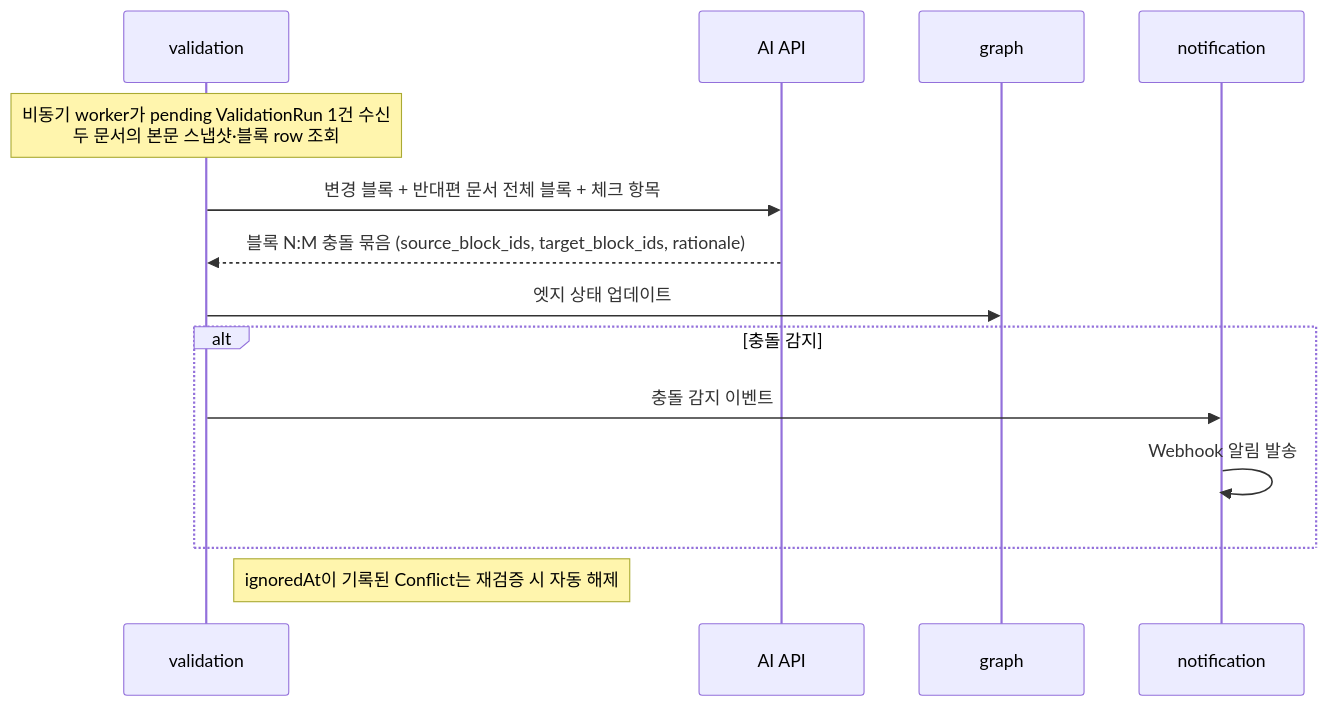
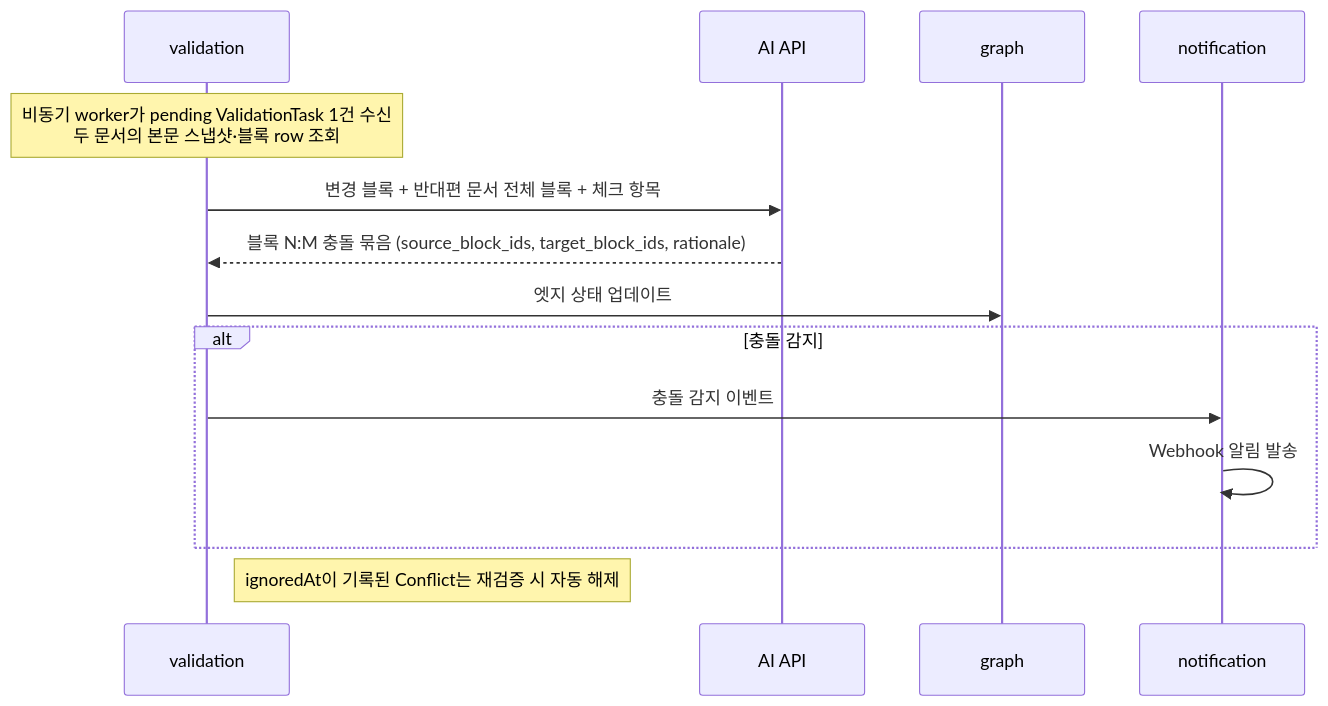
One commit to ladinzgit/doc-graph changed the third of 3 diagrams in docs/domains.md. Above: the diagram before and after it, drawn with Mermaid. The commit also changed other lines of this file and 4 other files, not shown here.

````diff
--- a/docs/domains.md
+++ b/docs/domains.md
@@ -82,17 +82,17 @@
 ```mermaid
 sequenceDiagram
     participant validation
     participant AI as AI API
     participant graph
     participant notification
 
-    Note over validation: 비동기 worker가 pending ValidationRun 1건 수신<br/>두 문서의 본문 스냅샷·블록 row 조회
+    Note over validation: 비동기 worker가 pending ValidationTask 1건 수신<br/>두 문서의 본문 스냅샷·블록 row 조회
     validation->>AI: 변경 블록 + 반대편 문서 전체 블록 + 체크 항목
     AI-->>validation: 블록 N:M 충돌 묶음 (source_block_ids, target_block_ids, rationale)
     validation->>graph: 엣지 상태 업데이트
     alt 충돌 감지
         validation->>notification: 충돌 감지 이벤트
         notification->>notification: Webhook 알림 발송
     end
     Note right of validation: ignoredAt이 기록된 Conflict는 재검증 시 자동 해제
 ```
````
